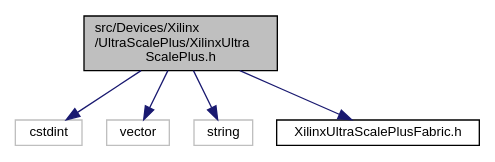
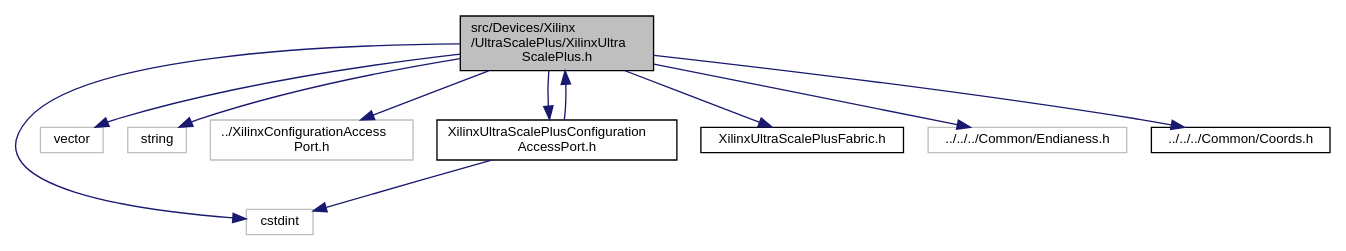
One commit to FPGA-Research-Manchester/byteman changed the diagram in XilinxUltraScalePlus_8h__incl.dot. Above: the diagram before and after it, drawn with Graphviz. The commit also changed 1465 other files, not shown here.

```diff
--- a/XilinxUltraScalePlus_8h__incl.dot
+++ b/XilinxUltraScalePlus_8h__incl.dot
@@ -1,16 +1,26 @@
 digraph "src/Devices/Xilinx/UltraScalePlus/XilinxUltraScalePlus.h"
 {
  // INTERACTIVE_SVG=YES
  // LATEX_PDF_SIZE
   edge [fontname="Helvetica",fontsize="10",labelfontname="Helvetica",labelfontsize="10"];
   node [fontname="Helvetica",fontsize="10",shape=record];
   Node1 [label="src/Devices/Xilinx\l/UltraScalePlus/XilinxUltra\lScalePlus.h",height=0.2,width=0.4,color="black", fillcolor="grey75", style="filled", fontcolor="black",tooltip=" "];
   Node1 -> Node2 [color="midnightblue",fontsize="10",style="solid",fontname="Helvetica"];
   Node2 [label="cstdint",height=0.2,width=0.4,color="grey75", fillcolor="white", style="filled",tooltip=" "];
   Node1 -> Node3 [color="midnightblue",fontsize="10",style="solid",fontname="Helvetica"];
   Node3 [label="vector",height=0.2,width=0.4,color="grey75", fillcolor="white", style="filled",tooltip=" "];
   Node1 -> Node4 [color="midnightblue",fontsize="10",style="solid",fontname="Helvetica"];
   Node4 [label="string",height=0.2,width=0.4,color="grey75", fillcolor="white", style="filled",tooltip=" "];
   Node1 -> Node5 [color="midnightblue",fontsize="10",style="solid",fontname="Helvetica"];
-  Node5 [label="XilinxUltraScalePlusFabric.h",height=0.2,width=0.4,color="black", fillcolor="white", style="filled",URL="$XilinxUltraScalePlusFabric_8h.html",tooltip=" "];
+  Node5 [label="../XilinxConfigurationAccess\lPort.h",height=0.2,width=0.4,color="grey75", fillcolor="white", style="filled",tooltip=" "];
+  Node1 -> Node6 [color="midnightblue",fontsize="10",style="solid",fontname="Helvetica"];
+  Node6 [label="XilinxUltraScalePlusConfiguration\lAccessPort.h",height=0.2,width=0.4,color="black", fillcolor="white", style="filled",URL="$XilinxUltraScalePlusConfigurationAccessPort_8h.html",tooltip=" "];
+  Node6 -> Node2 [color="midnightblue",fontsize="10",style="solid",fontname="Helvetica"];
+  Node6 -> Node1 [color="midnightblue",fontsize="10",style="solid",fontname="Helvetica"];
+  Node1 -> Node7 [color="midnightblue",fontsize="10",style="solid",fontname="Helvetica"];
+  Node7 [label="XilinxUltraScalePlusFabric.h",height=0.2,width=0.4,color="black", fillcolor="white", style="filled",URL="$XilinxUltraScalePlusFabric_8h.html",tooltip=" "];
+  Node1 -> Node8 [color="midnightblue",fontsize="10",style="solid",fontname="Helvetica"];
+  Node8 [label="../../../Common/Endianess.h",height=0.2,width=0.4,color="grey75", fillcolor="white", style="filled",tooltip=" "];
+  Node1 -> Node9 [color="midnightblue",fontsize="10",style="solid",fontname="Helvetica"];
+  Node9 [label="../../../Common/Coords.h",height=0.2,width=0.4,color="black", fillcolor="white", style="filled",URL="$Coords_8h.html",tooltip=" "];
 }
```
